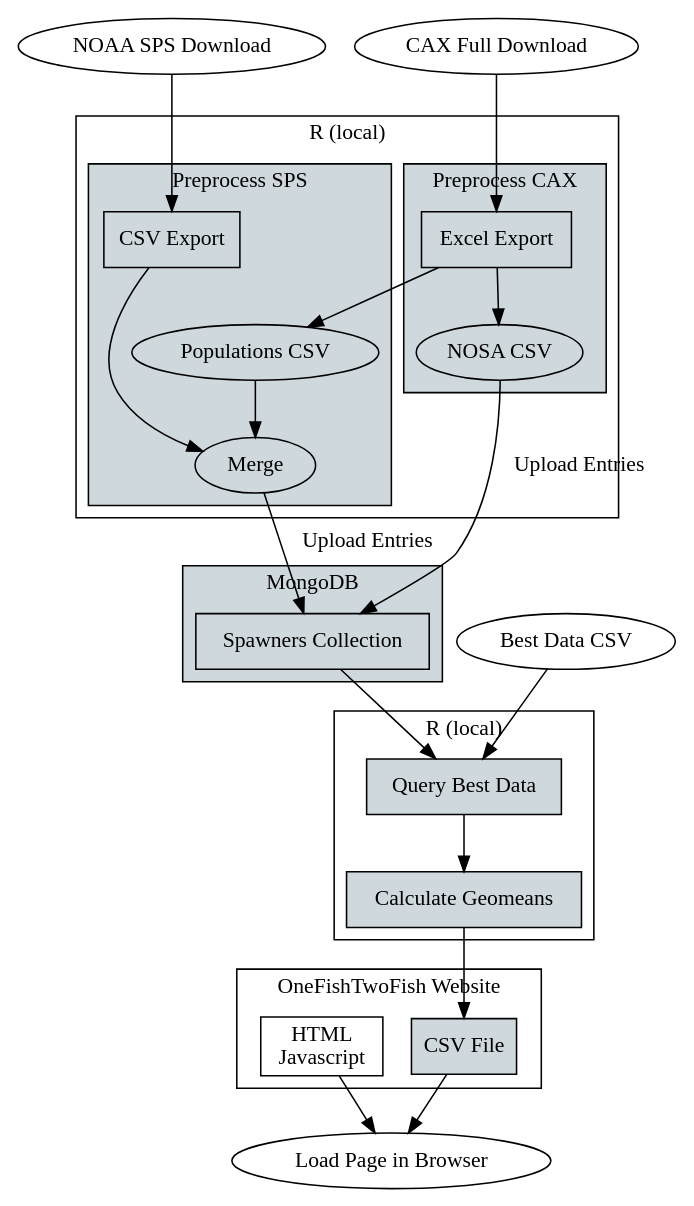
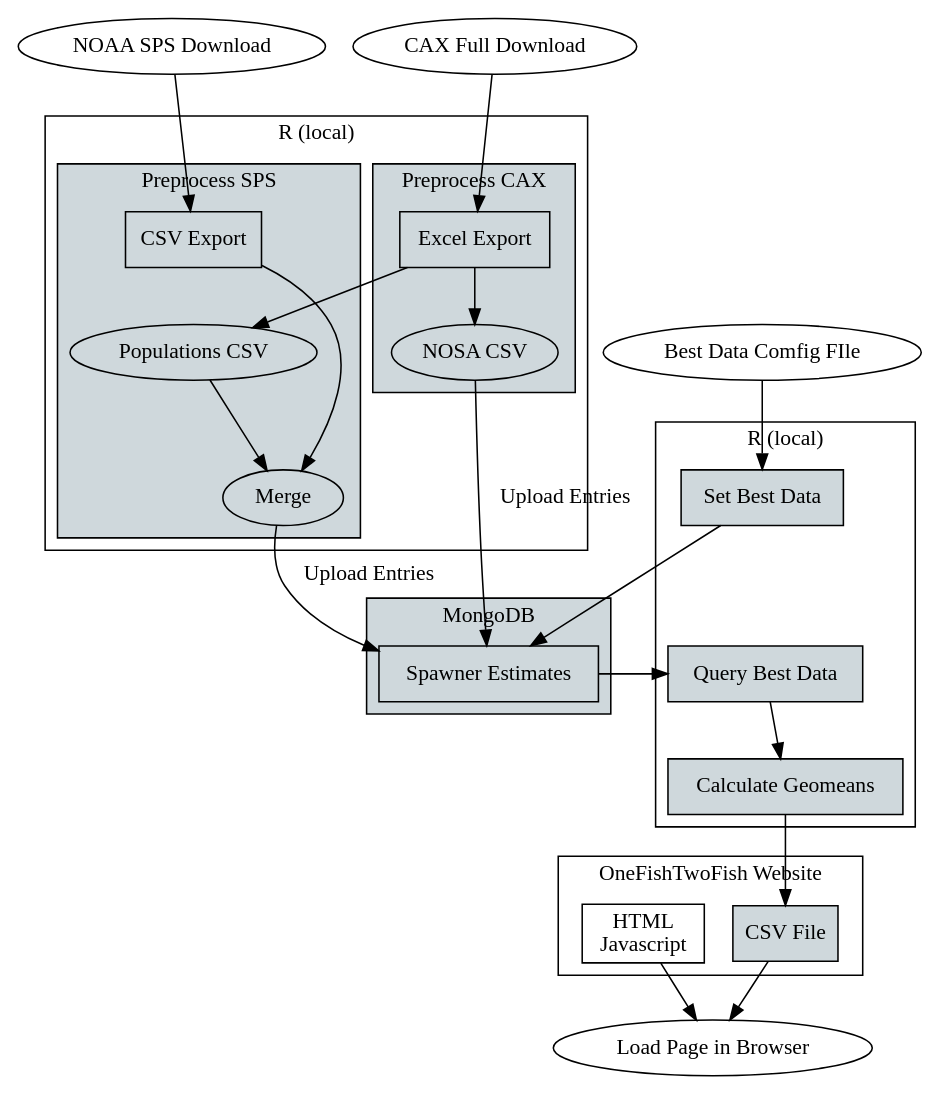
The diagram in spawnertrends/spawnertrends.gv.dot (salmonetics/bpa), drawn with Graphviz before and after one commit. The commit also changed 1 other file, not shown here.

```diff
--- a/spawnertrends/spawnertrends.gv.dot
+++ b/spawnertrends/spawnertrends.gv.dot
@@ -1,93 +1,97 @@
 digraph {
   node [ fontname="Handlee" ];
   compound=true
 
      sps_download [label="NOAA SPS Download"];
      cax_download [label="CAX Full Download"];
 
 
  
       
   subgraph cluster_backend {
     label="R (local)";
     rankdir="LR"
     subgraph cluster_CAX {
         fillcolor="#CFD8DC"
         style="filled"
         fontcolor="black"        
         label="Preprocess CAX"
         export_cax [label="Excel Export" shape=polygon];
         nosa_csv [label="NOSA CSV"]
         
     }
     
     subgraph cluster_SPS{
         fillcolor="#CFD8DC"
         style="filled"
         fontcolor="black"        
         label="Preprocess SPS"
         export_sps [label="CSV Export" shape=polygon];
         pop_csv [label="Populations CSV"]
         merge_pops [label="Merge"]
     }
     
     subgraph cluster_best{
         fillcolor="#CFD8DC"
         style="filled"
         fontcolor="black"        
         label="Set Best Data"
         
     }    
 
   }
   
     subgraph cluster_back2{
         label="R (local)"
         query_mongo [shape=rectangle label="Query Best Data" fillcolor="#CFD8DC"
     style="filled" fontcolor="black"]
         geomeans [label="Calculate Geomeans" shape=rectangle fillcolor="#CFD8DC"
     style="filled" fontcolor="black"]
+    set_best [shape=rectangle label="Set Best Data"  fillcolor="#CFD8DC"
+    style="filled" fontcolor="black"]
     }
   
   subgraph cluster_onefish {
     label="OneFishTwoFish Website" 
     html [shape=rectangle label="HTML\nJavascript"]
     csv [shape=rectangle label="CSV File" fillcolor="#CFD8DC"
     style="filled" fontcolor="black"]
   }
   
   load_page [label="Load Page in Browser"]
 
   
   subgraph cluster_MongoDB{
         fillcolor="#CFD8DC"
         style="filled"
         fontcolor="black"        
         label="MongoDB"
-        spawners[label="Spawners Collection" shape=polygon];
+        spawners[label="Spawner Estimates" shape=polygon];
   }
   
   subgraph cluster_postprocss{
       
   }
   
-  best_csv [label="Best Data CSV"]
+  best_csv [label="Best Data Comfig FIle"]
   
   cax_download -> export_cax;
   sps_download -> export_sps
   export_cax -> nosa_csv
   export_cax -> pop_csv
   pop_csv -> merge_pops
   nosa_csv -> spawners [label="Upload Entries"]
   export_sps -> merge_pops
   export_sps -> pop_csv  [style=invis]
   merge_pops -> spawners [label="Upload Entries"]
-  best_csv -> query_mongo
+  best_csv -> set_best
+  set_best -> spawners
+  set_best -> query_mongo  [style=invis]
   spawners -> query_mongo
   query_mongo -> geomeans
   geomeans -> csv
 
   html -> load_page
   csv -> load_page
 
 }
```
